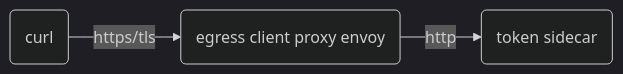
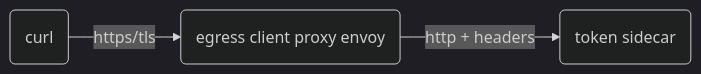
One commit to ctyano/athenz-distribution changed the seventh of 15 diagrams in docs/ENVOY.md. Above: the diagram before and after it, drawn with Mermaid (dark theme). The commit also changed other lines of this file, not shown here.

````diff
--- a/docs/ENVOY.md
+++ b/docs/ENVOY.md
@@ -101,4 +101,4 @@
 ```mermaid
 flowchart LR
-A(curl) -->|https/tls| B(egress client proxy envoy) -->|http| C(token sidecar)
+A(curl) -->|https/tls| B(egress client proxy envoy) -->|http + headers| C(token sidecar)
 ```
````
